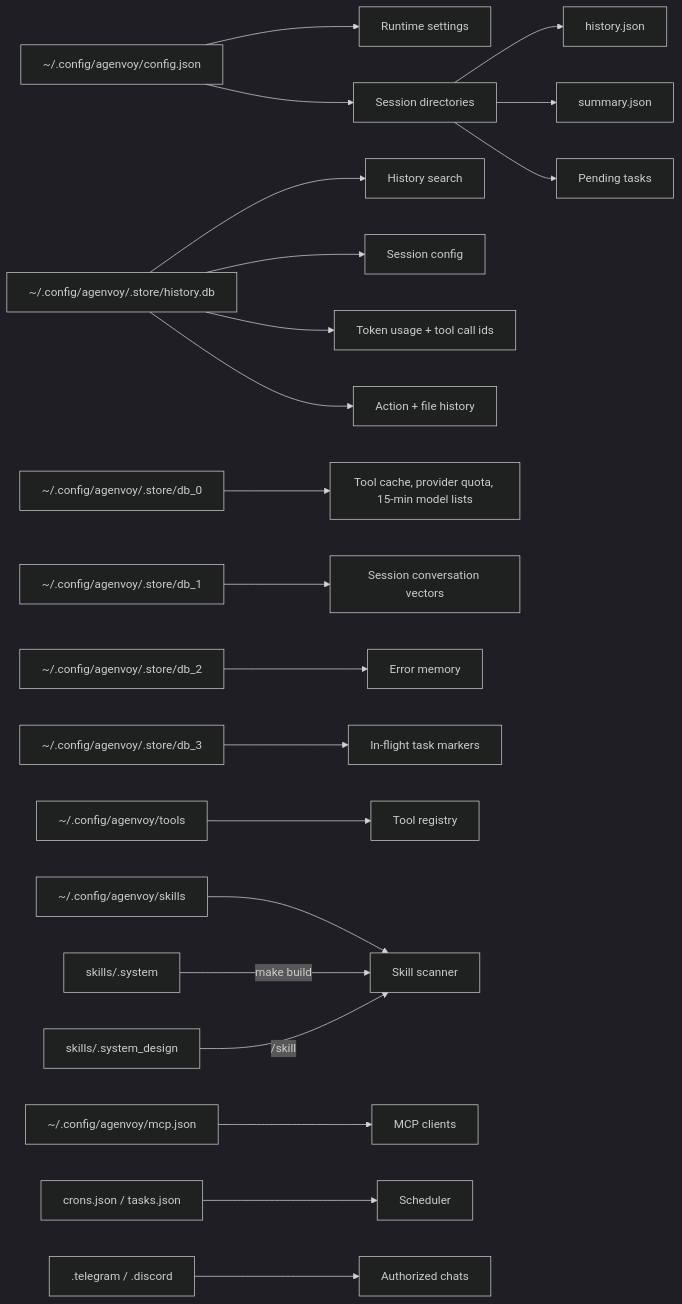
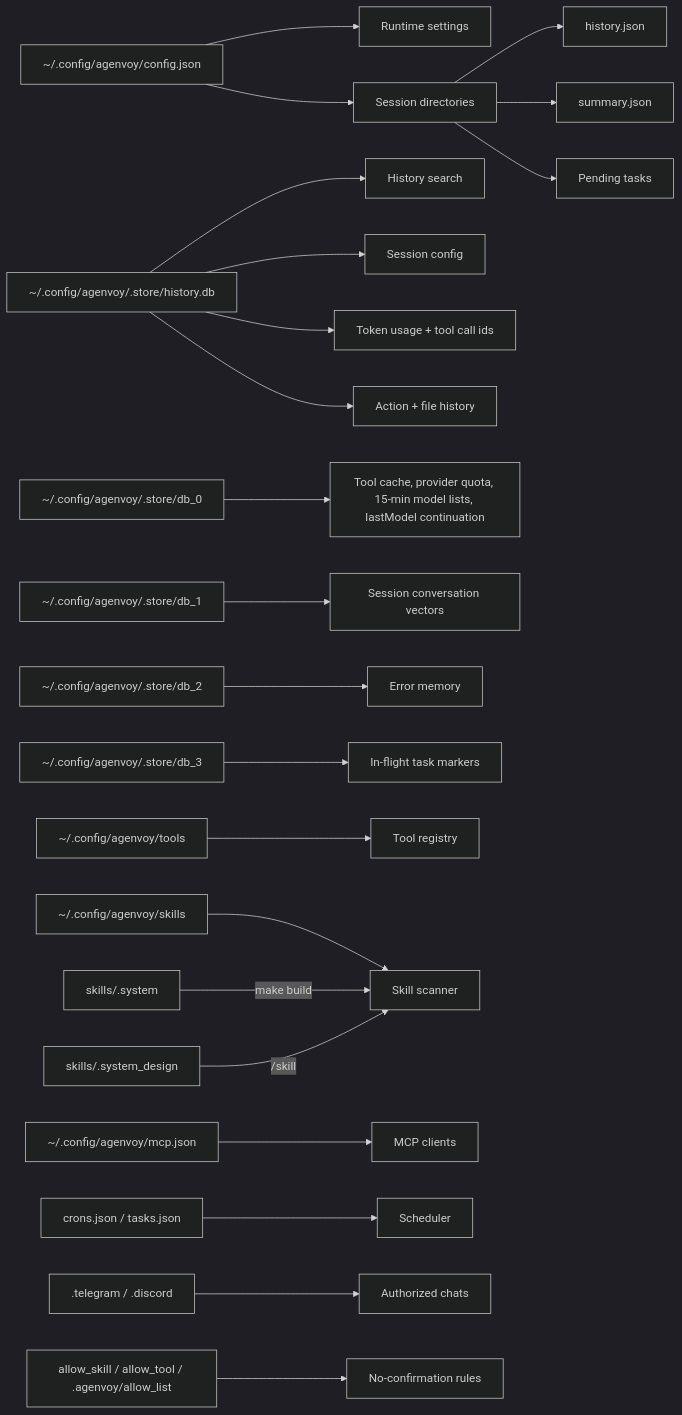
One commit to agenvoy/Agenvoy changed the tenth of 10 diagrams in doc/architecture.md. Above: the diagram before and after it, drawn with Mermaid (dark theme). The commit also changed other lines of this file and 5 other files, not shown here.

Commit message:
doc: Align README and architecture/usage docs with the refactored executor and current behavior

````diff
--- a/doc/architecture.md
+++ b/doc/architecture.md
@@ -189,23 +224,24 @@
 ```mermaid
 flowchart LR
     Config[~/.config/agenvoy/config.json] --> Runtime[Runtime settings]
     Config --> Sessions[Session directories]
     Sessions --> History[history.json]
     Sessions --> Summary[summary.json]
     Sessions --> Pending[Pending tasks]
     SQLite[~/.config/agenvoy/.store/history.db] --> Search[History search]
     SQLite --> SessionConfig[Session config]
     SQLite --> Usage[Token usage + tool call ids]
     SQLite --> ActionHistory[Action + file history]
-    Torii0[~/.config/agenvoy/.store/db_0] --> ToolCache[Tool cache, provider quota, 15-min model lists]
+    Torii0[~/.config/agenvoy/.store/db_0] --> ToolCache[Tool cache, provider quota, 15-min model lists, lastModel continuation]
     Torii1[~/.config/agenvoy/.store/db_1] --> SessionMemory[Session conversation vectors]
     Torii2[~/.config/agenvoy/.store/db_2] --> ErrorMemory[Error memory]
     Torii3[~/.config/agenvoy/.store/db_3] --> Online[In-flight task markers]
     Tools[~/.config/agenvoy/tools] --> Registry[Tool registry]
     Skills[~/.config/agenvoy/skills] --> Scanner[Skill scanner]
     SystemSkills[skills/.system] -->|make build| Scanner
     DesignSkills[skills/.system_design] -->|/skill| Scanner
     MCP[~/.config/agenvoy/mcp.json] --> MCPClient[MCP clients]
     Schedules[crons.json / tasks.json] --> Scheduler[Scheduler]
     Auth[.telegram / .discord] --> Channels[Authorized chats]
+    Allow[allow_skill / allow_tool / .agenvoy/allow_list] --> Confirm[No-confirmation rules]
 ```
````
